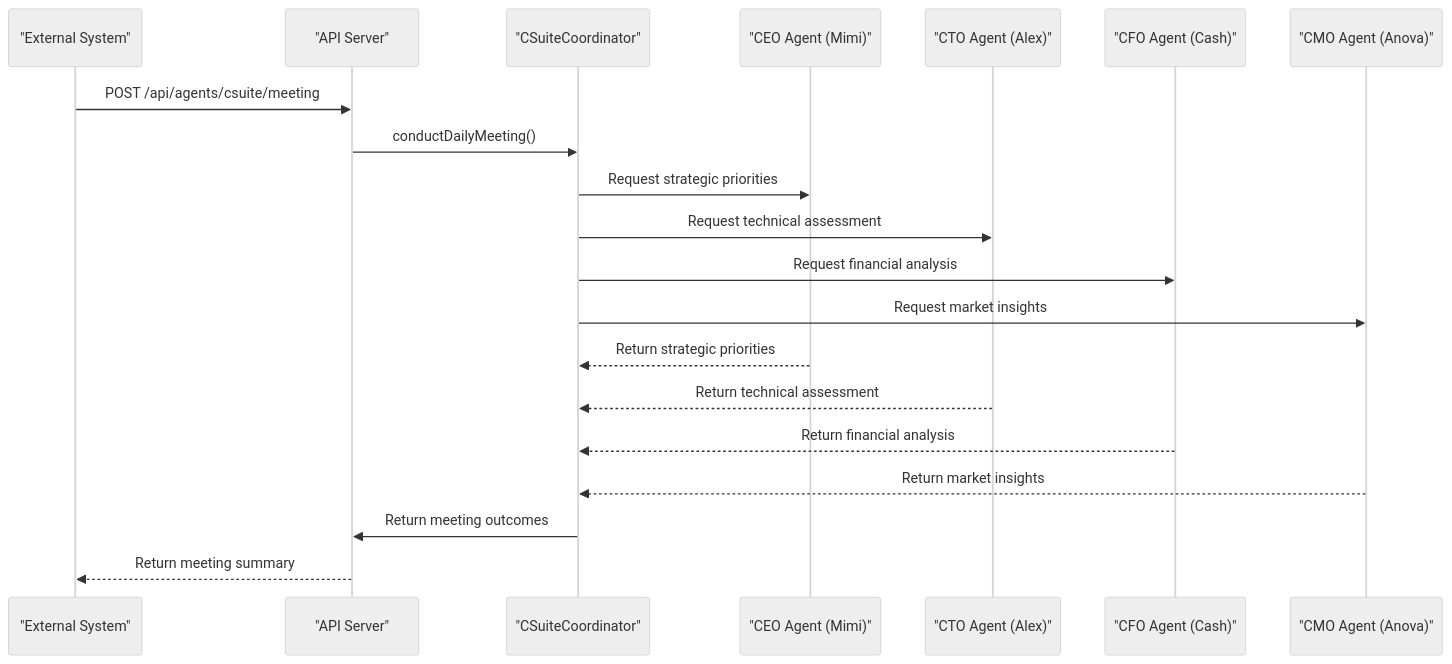
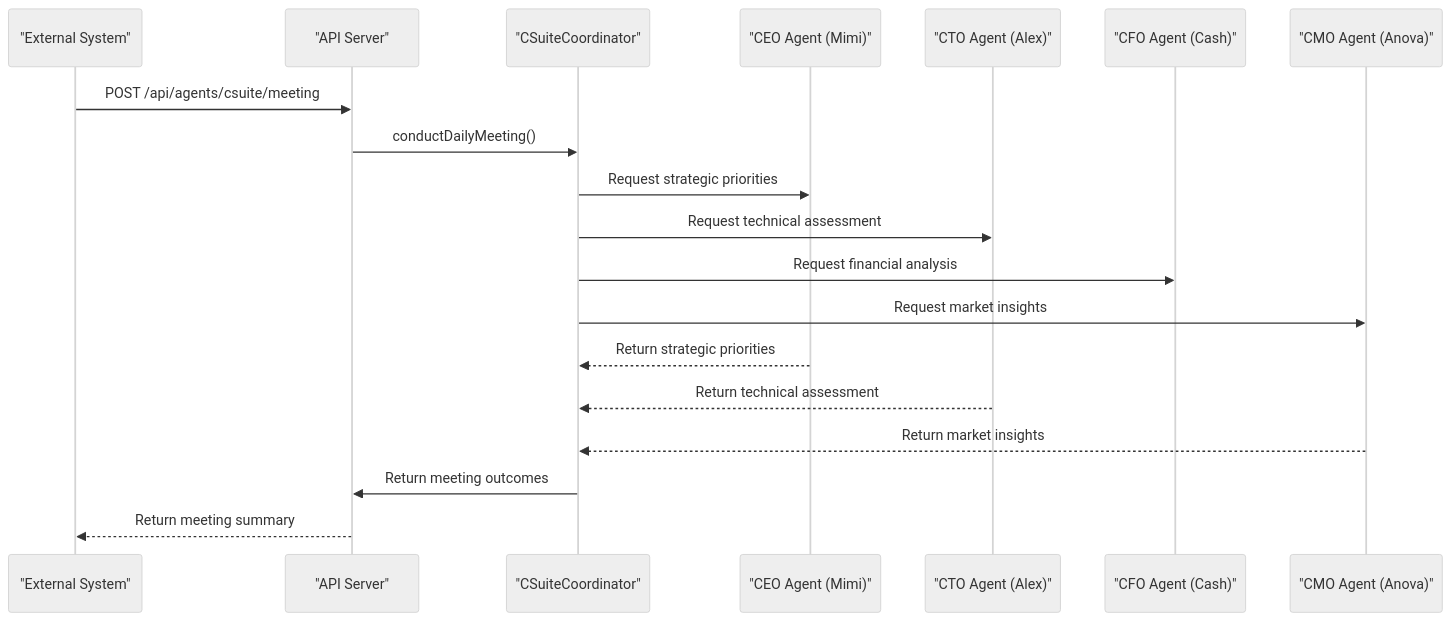
One commit to 371-Minds/os changed the fifth of 6 diagrams in .qoder/repowiki/en/content/Agent Ecosystem/C-Suite Agents/C-Suite Agents.md. Above: the diagram before and after it, drawn with Mermaid (neutral theme). The commit also changed other lines of this file and 28 other files, not shown here.

````diff
--- a/.qoder/repowiki/en/content/Agent Ecosystem/C-Suite Agents/C-Suite Agents.md
+++ b/.qoder/repowiki/en/content/Agent Ecosystem/C-Suite Agents/C-Suite Agents.md
@@ -291,22 +341,21 @@
 ```mermaid
 sequenceDiagram
 participant User as "External System"
 participant API as "API Server"
 participant Coordinator as "CSuiteCoordinator"
 participant CEO as "CEO Agent (Mimi)"
 participant CTO as "CTO Agent (Alex)"
 participant CFO as "CFO Agent (Cash)"
 participant CMO as "CMO Agent (Anova)"
 User->>API : POST /api/agents/csuite/meeting
 API->>Coordinator : conductDailyMeeting()
 Coordinator->>CEO : Request strategic priorities
 Coordinator->>CTO : Request technical assessment
 Coordinator->>CFO : Request financial analysis
 Coordinator->>CMO : Request market insights
 CEO-->>Coordinator : Return strategic priorities
 CTO-->>Coordinator : Return technical assessment
-CFO-->>Coordinator : Return financial analysis
 CMO-->>Coordinator : Return market insights
 Coordinator->>API : Return meeting outcomes
 API-->>User : Return meeting summary
 ```
````
